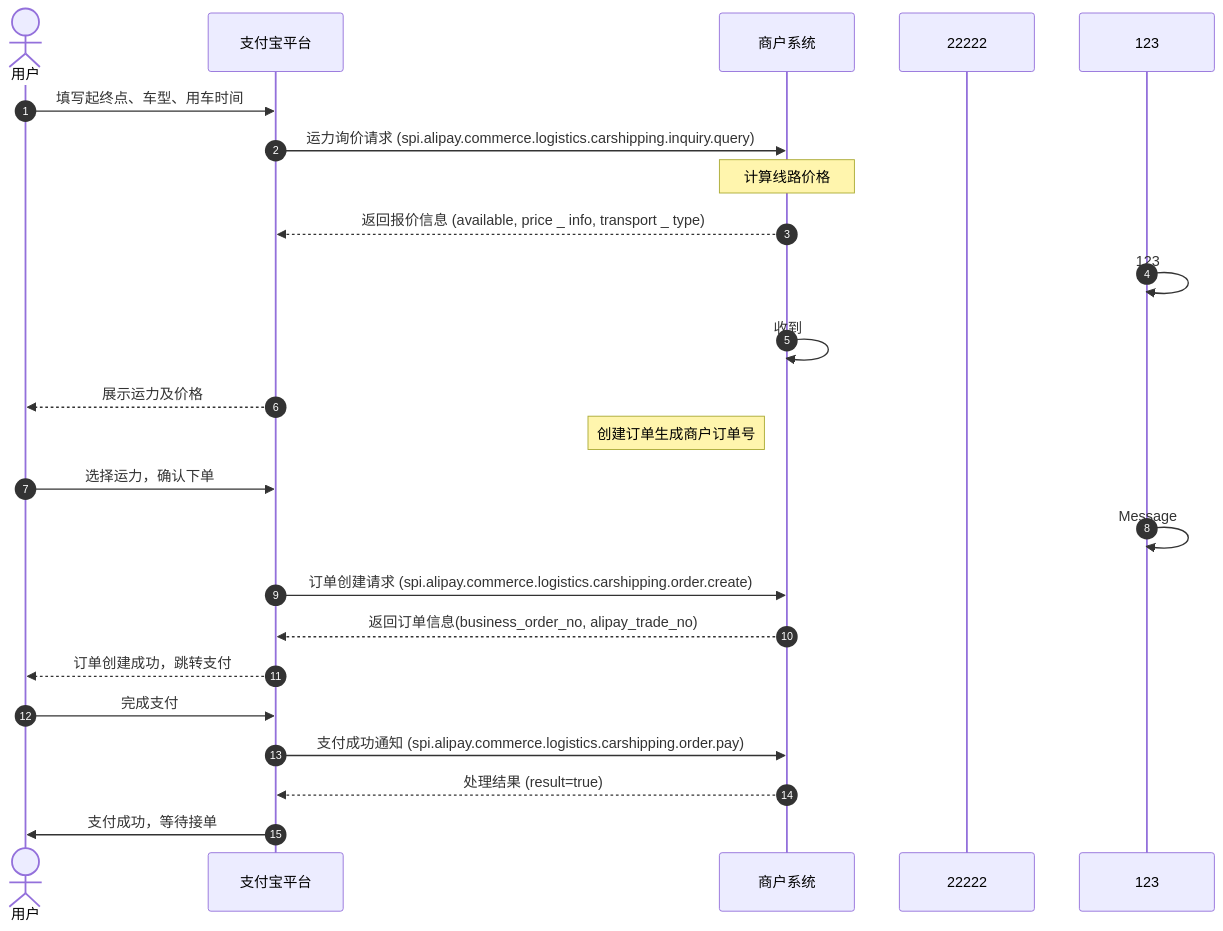
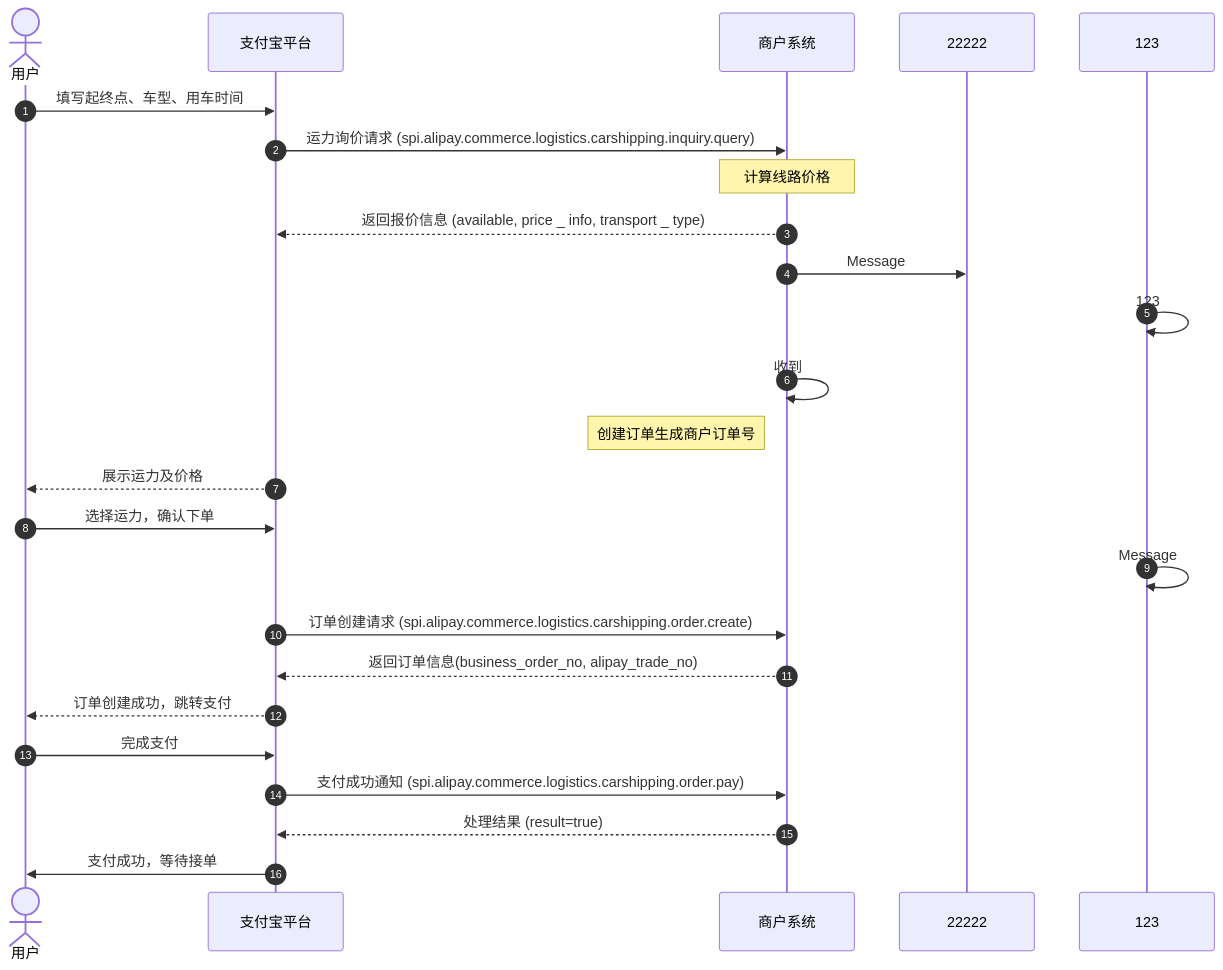
Before and after one commit to pingpm/mermaid_vault: the diagram in mmd/test_dba1b258-be6a-414c-9967-aedbcccfa44f.mmd, drawn with Mermaid. The commit also changed 2 other files, not shown here.

Commit message:
Sync Mermaid Studio data (8 diagrams)

```diff
--- a/mmd/test_dba1b258-be6a-414c-9967-aedbcccfa44f.mmd
+++ b/mmd/test_dba1b258-be6a-414c-9967-aedbcccfa44f.mmd
@@ -1,24 +1,25 @@
 sequenceDiagram
   autonumber
   actor p0 as 用户
   participant p1 as 支付宝平台
   participant p2 as 商户系统
   participant p3 as 22222
   participant p4 as 123
   p0->>p1: 填写起终点、⻋型、⽤⻋时间
   p1->>p2: 运⼒询价请求 (spi.alipay.commerce.logistics.carshipping.inquiry.query)
   Note over p2: 计算线路价格
   p2-->>p1: 返回报价信息 (available, price _ info, transport _ type)
+  p2->>p3: Message
   p4->>p4: 123
   p2->>p2: 收到
+  Note left of p2: 创建订单⽣成商户订单号
   p1-->>p0: 展示运⼒及价格
-  Note left of p2: 创建订单⽣成商户订单号
   p0->>p1: 选择运⼒，确认下单
   p4->>p4: Message
   p1->>p2: 订单创建请求 (spi.alipay.commerce.logistics.carshipping.order.create)
   p2-->>p1: 返回订单信息(business_order_no, alipay_trade_no)
   p1-->>p0: 订单创建成功，跳转⽀付
   p0->>p1: 完成⽀付
   p1->>p2: ⽀付成功通知 (spi.alipay.commerce.logistics.carshipping.order.pay)
   p2-->>p1: 处理结果 (result=true)
   p1->>p0: ⽀付成功，等待接单
```
